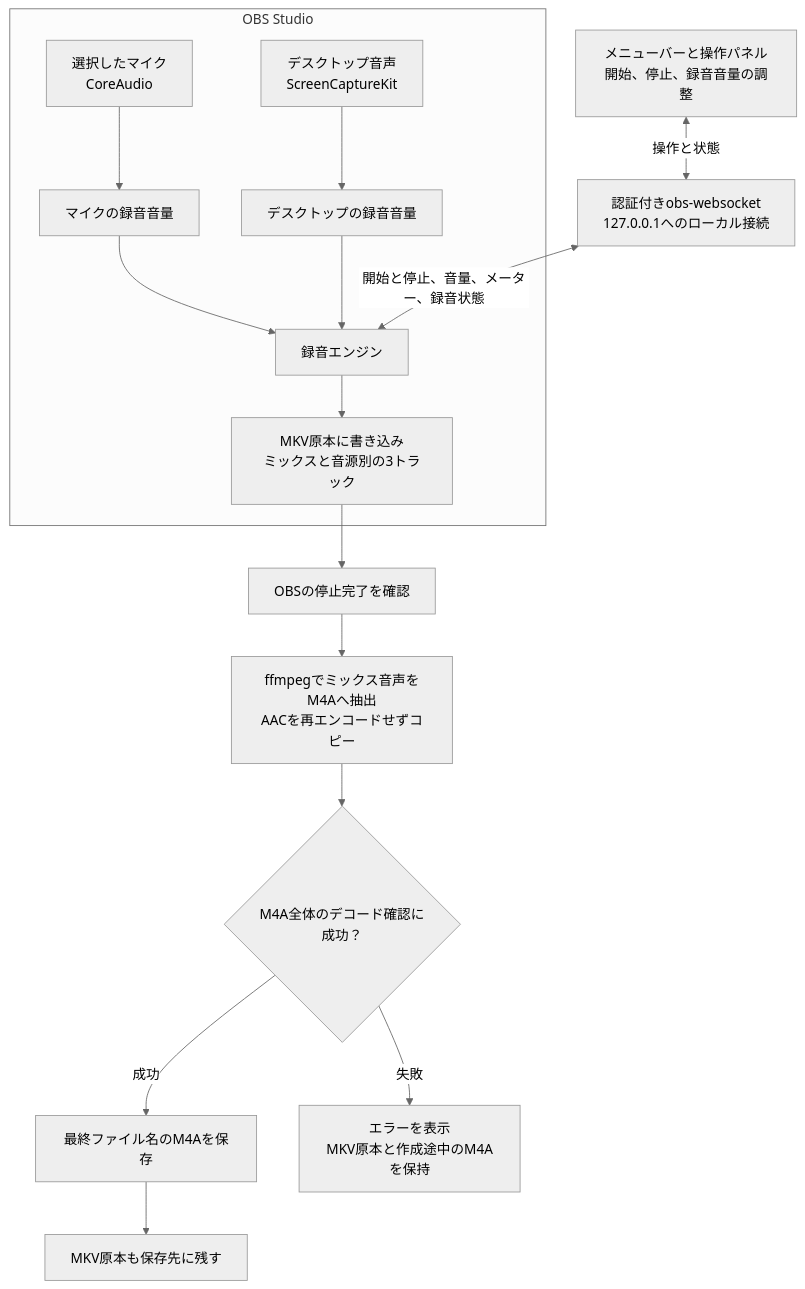
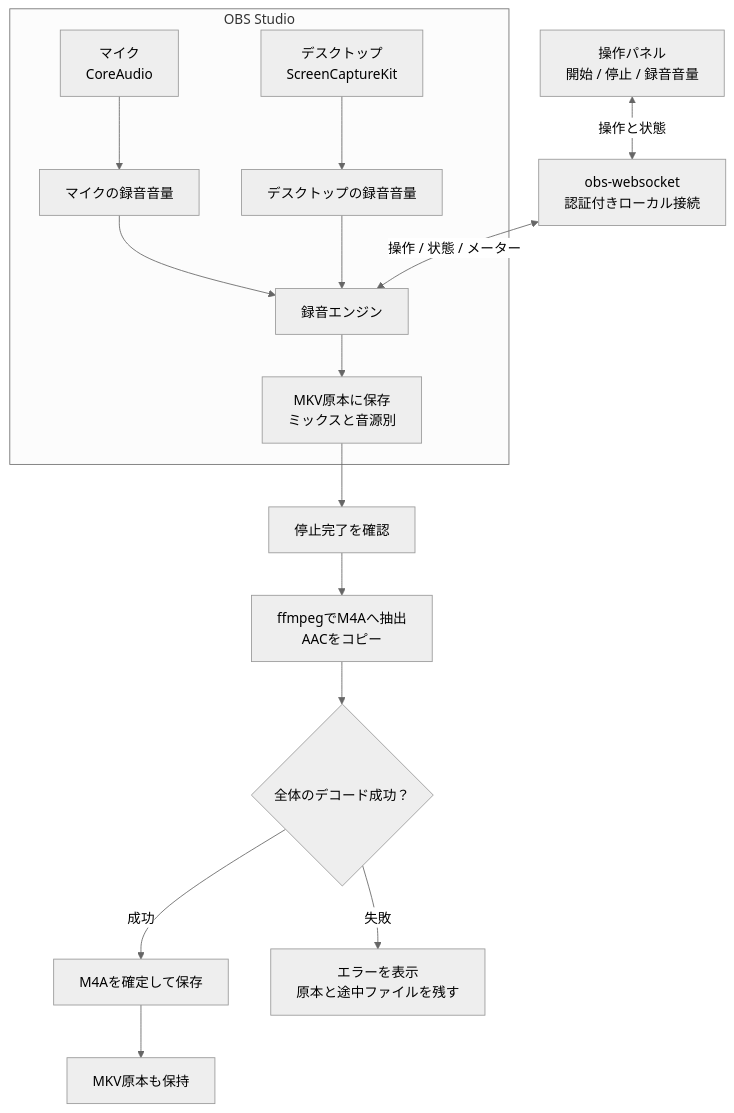
The second of 2 diagrams in README.md (K-YUTAA/homebrew-tap), drawn with Mermaid (neutral theme) before and after one commit. The commit also changed other lines of this file, not shown here.

Commit message:
Keep flowchart labels concise for the GitHub renderer

````diff
--- a/README.md
+++ b/README.md
@@ -136,20 +131,20 @@
 ```mermaid
 flowchart TD
-    UI["メニューバーと操作パネル<br/>開始、停止、録音音量の調整"] <-->|操作と状態| WS["認証付きobs-websocket<br/>127.0.0.1へのローカル接続"]
+    UI["操作パネル<br/>開始 / 停止 / 録音音量"] <-->|操作と状態| WS["obs-websocket<br/>認証付きローカル接続"]
 
     subgraph OBS["OBS Studio"]
-        MIC["選択したマイク<br/>CoreAudio"] --> MG["マイクの録音音量"]
-        DESK["デスクトップ音声<br/>ScreenCaptureKit"] --> DG["デスクトップの録音音量"]
+        MIC["マイク<br/>CoreAudio"] --> MG["マイクの録音音量"]
+        DESK["デスクトップ<br/>ScreenCaptureKit"] --> DG["デスクトップの録音音量"]
         MG --> REC["録音エンジン"]
         DG --> REC
-        REC --> MKV["MKV原本に書き込み<br/>ミックスと音源別の3トラック"]
+        REC --> MKV["MKV原本に保存<br/>ミックスと音源別"]
     end
 
-    WS <-->|開始と停止、音量、メーター、録音状態| REC
-    MKV --> STOP["OBSの停止完了を確認"]
-    STOP --> COPY["ffmpegでミックス音声をM4Aへ抽出<br/>AACを再エンコードせずコピー"]
-    COPY --> CHECK{"M4A全体のデコード確認に成功？"}
-    CHECK -->|成功| SAVE["最終ファイル名のM4Aを保存"]
-    CHECK -->|失敗| ERROR["エラーを表示<br/>MKV原本と作成途中のM4Aを保持"]
-    SAVE --> KEEP["MKV原本も保存先に残す"]
+    WS <-->|操作 / 状態 / メーター| REC
+    MKV --> STOP["停止完了を確認"]
+    STOP --> COPY["ffmpegでM4Aへ抽出<br/>AACをコピー"]
+    COPY --> CHECK{"全体のデコード成功？"}
+    CHECK -->|成功| SAVE["M4Aを確定して保存"]
+    CHECK -->|失敗| ERROR["エラーを表示<br/>原本と途中ファイルを残す"]
+    SAVE --> KEEP["MKV原本も保持"]
 ```
````
